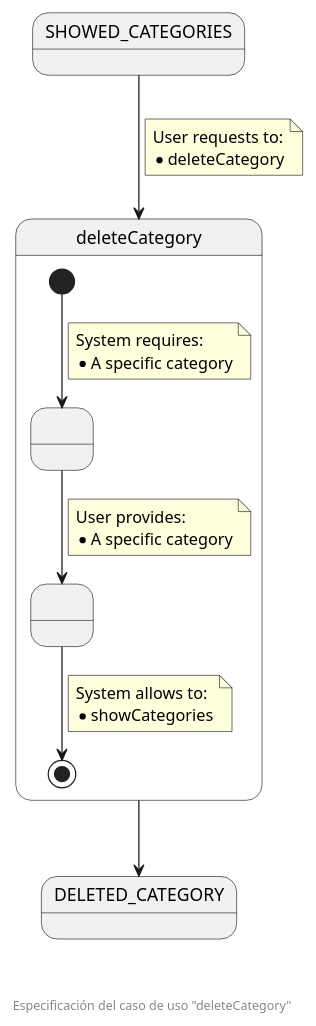
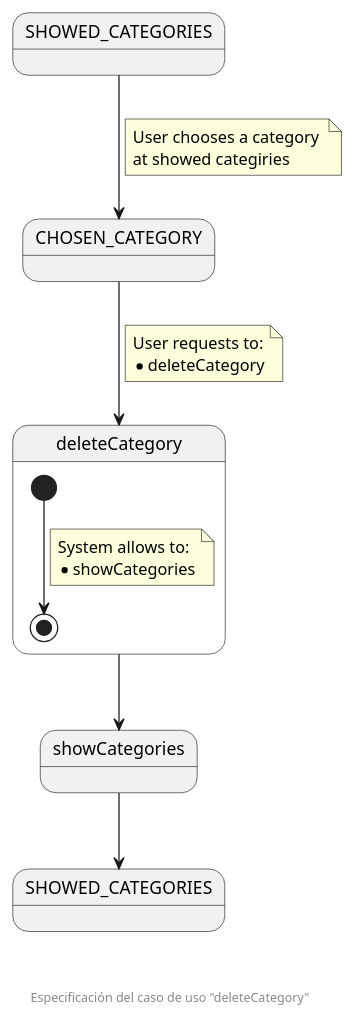
One commit to zuldare/mastercloud_pfm_halterocms changed the diagram in documentation/diagrams/useCasesSpecification/organizationSecretary/02_deleteCategory.puml. Above: the diagram before and after it, drawn with PlantUML.

Commit message:
Fix deleteCategory use case specification

```diff
--- a/documentation/diagrams/useCasesSpecification/organizationSecretary/02_deleteCategory.puml
+++ b/documentation/diagrams/useCasesSpecification/organizationSecretary/02_deleteCategory.puml
@@ -1,33 +1,32 @@
 @startuml
 state SHOWED_CATEGORIES
+state CHOSEN_CATEGORY
+
 state deleteCategory {
-  state " " as pendingCategory
-  state " " as providedCategory
-  [*] --> pendingCategory
-  note on link
-    System requires:
-    * A specific category
-  end note
-  pendingCategory --> providedCategory
-  note on link
-    User provides:
-    * A specific category
-  end note
-  providedCategory --> [*]
+  [*] --> [*]
   note on link
     System allows to:
     * showCategories
   end note
 }
-state DELETED_CATEGORY
 
-SHOWED_CATEGORIES --> deleteCategory
+state showCategories
+state "SHOWED_CATEGORIES" as SHOWED_CATEGORIES_F
+
+SHOWED_CATEGORIES --> CHOSEN_CATEGORY
+note on link
+  User chooses a category 
+  at showed categiries
+end note
+
+CHOSEN_CATEGORY --> deleteCategory
 note on link
   User requests to:
   * deleteCategory
 end note
 
-deleteCategory --> DELETED_CATEGORY
+deleteCategory --> showCategories
+showCategories --> SHOWED_CATEGORIES_F
 
 footer \n\n\n Especificación del caso de uso "deleteCategory"
 @enduml
```
